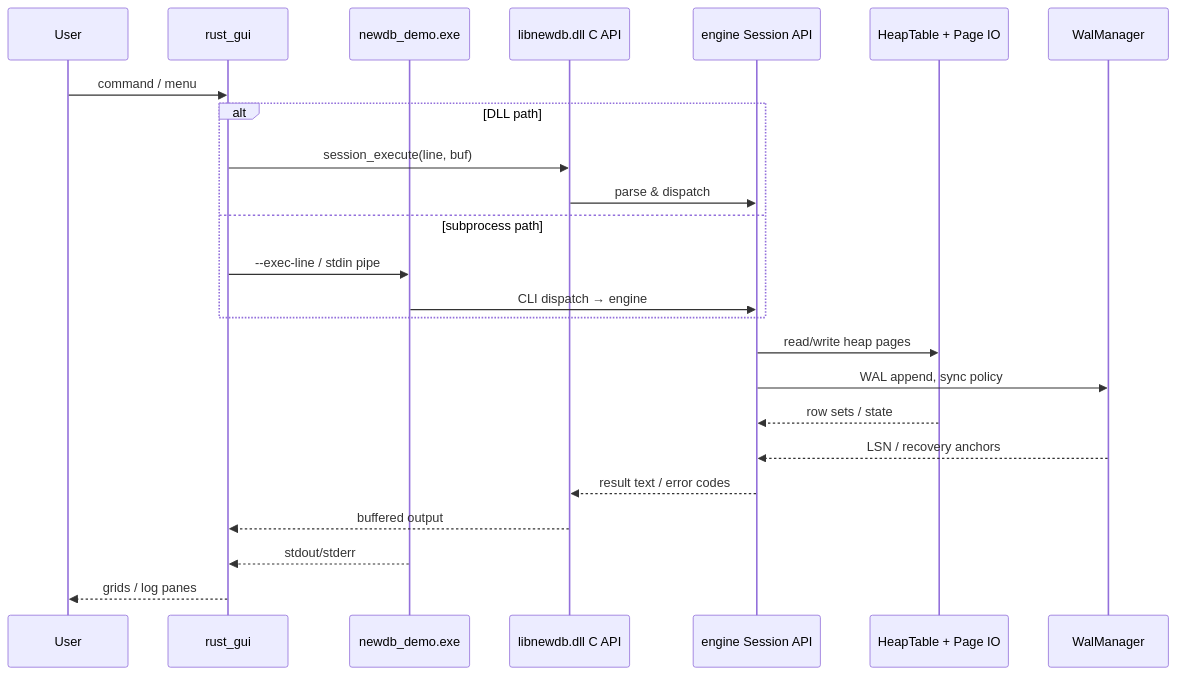
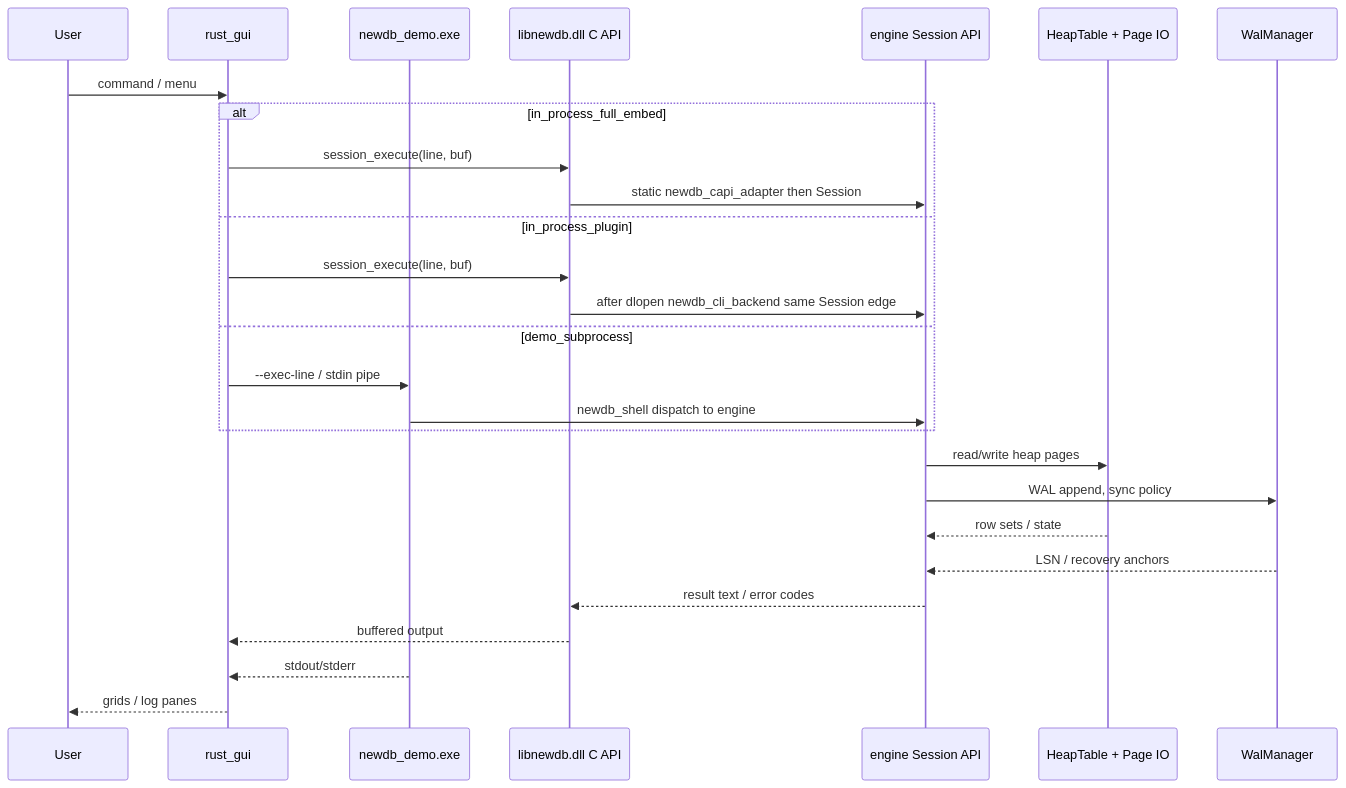
The third of 4 diagrams in README.en.md (skyline019/database), drawn with Mermaid before and after one commit. The commit also changed other lines of this file and 212 other files, not shown here.

First line of the commit message:
feat: shell/session 分层、重排 id 映射与 GUI 撤销重做增强

````diff
--- a/README.en.md
+++ b/README.en.md
@@ -68,27 +103,30 @@
 ```mermaid
 sequenceDiagram
   participant U as User
   participant G as rust_gui
   participant D as newdb_demo.exe
   participant L as libnewdb.dll C API
   participant S as engine Session API
   participant H as HeapTable + Page IO
   participant W as WalManager
 
   U->>G: command / menu
-  alt DLL path
+  alt in_process_full_embed
     G->>L: session_execute(line, buf)
-    L->>S: parse & dispatch
-  else subprocess path
+    L->>S: static newdb_capi_adapter then Session
+  else in_process_plugin
+    G->>L: session_execute(line, buf)
+    L->>S: after dlopen newdb_cli_backend same Session edge
+  else demo_subprocess
     G->>D: --exec-line / stdin pipe
-    D->>S: CLI dispatch → engine
+    D->>S: newdb_shell dispatch to engine
   end
   S->>H: read/write heap pages
   S->>W: WAL append, sync policy
   H-->>S: row sets / state
   W-->>S: LSN / recovery anchors
   S-->>L: result text / error codes
   L-->>G: buffered output
   D-->>G: stdout/stderr
   G-->>U: grids / log panes
 ```
````
